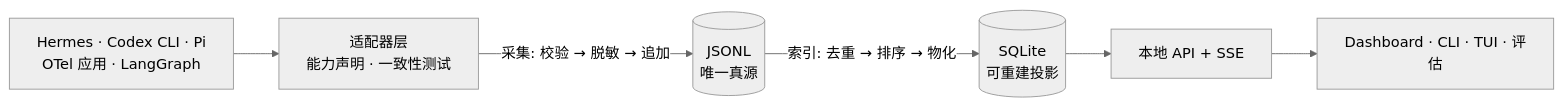
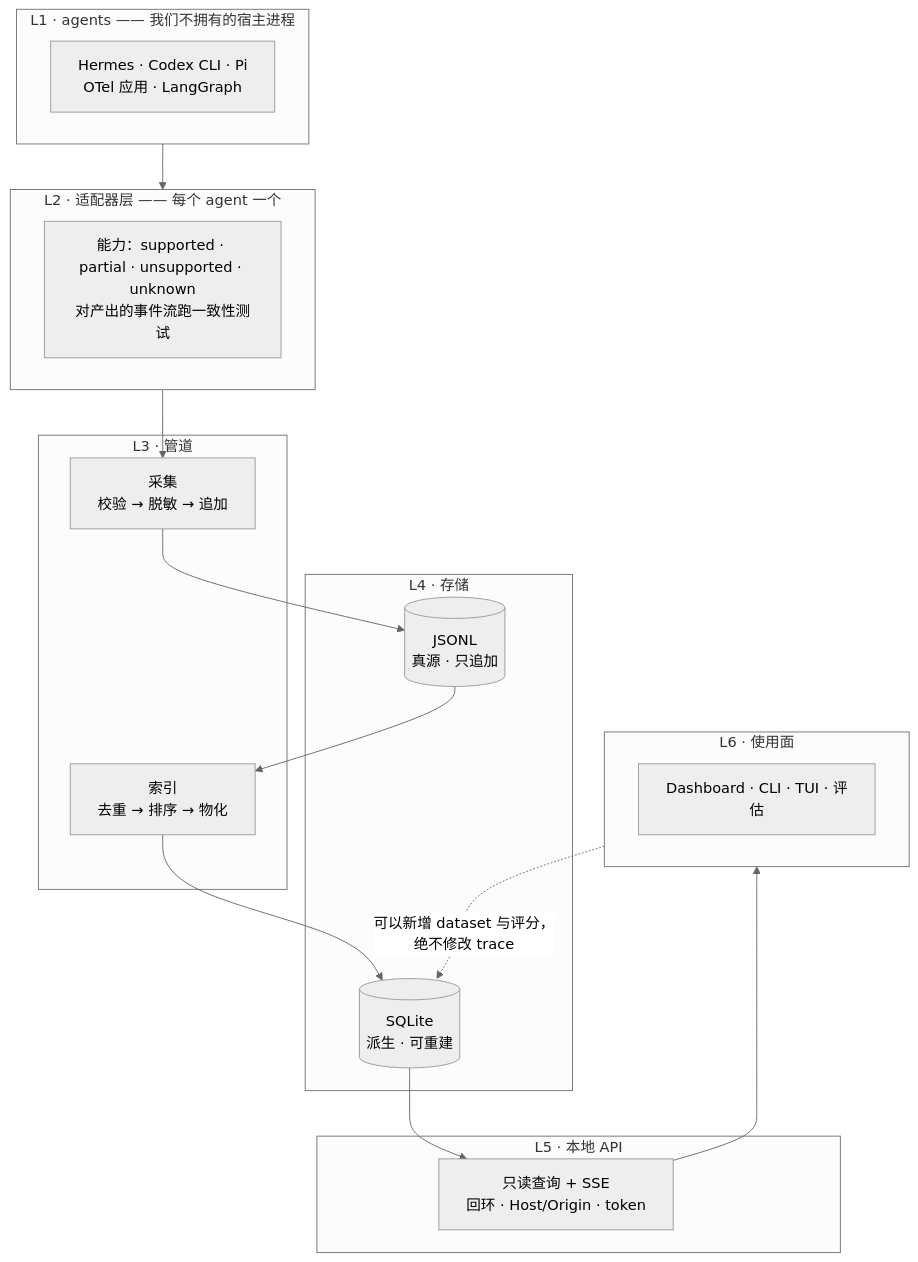
Before and after one commit to rayjun/agent-trace: the diagram in README.zh-CN.md, drawn with Mermaid (neutral theme). The commit also changed other lines of this file and 4 other files, not shown here.

First line of the commit message:
docs: a six-layer architecture diagram, and the principles behind it

````diff
--- a/README.zh-CN.md
+++ b/README.zh-CN.md
@@ -29,14 +29,32 @@
 ```mermaid
-flowchart LR
-    agents["Hermes · Codex CLI · Pi<br/>OTel 应用 · LangGraph"]
-    adapters["适配器层<br/>能力声明 · 一致性测试"]
-    jsonl[("JSONL<br/>唯一真源")]
-    sqlite[("SQLite<br/>可重建投影")]
-    api["本地 API + SSE"]
-    surfaces["Dashboard · CLI · TUI · 评估"]
+flowchart TB
+    subgraph L1["L1 · agents —— 我们不拥有的宿主进程"]
+        A["Hermes · Codex CLI · Pi<br/>OTel 应用 · LangGraph"]
+    end
+    subgraph L2["L2 · 适配器层 —— 每个 agent 一个"]
+        B["能力：supported · partial · unsupported · unknown<br/>对产出的事件流跑一致性测试"]
+    end
+    subgraph L3["L3 · 管道"]
+        C1["采集<br/>校验 → 脱敏 → 追加"]
+        C2["索引<br/>去重 → 排序 → 物化"]
+    end
+    subgraph L4["L4 · 存储"]
+        D1[("JSONL<br/>真源 · 只追加")]
+        D2[("SQLite<br/>派生 · 可重建")]
+    end
+    subgraph L5["L5 · 本地 API"]
+        E["只读查询 + SSE<br/>回环 · Host/Origin · token"]
+    end
+    subgraph L6["L6 · 使用面"]
+        F["Dashboard · CLI · TUI · 评估"]
+    end
 
-    agents --> adapters
-    adapters -->|"采集: 校验 → 脱敏 → 追加"| jsonl
-    jsonl -->|"索引: 去重 → 排序 → 物化"| sqlite
-    sqlite --> api --> surfaces
+    L1 --> L2
+    L2 --> C1
+    C1 --> D1
+    D1 --> C2
+    C2 --> D2
+    D2 --> E
+    E --> L6
+    L6 -. "可以新增 dataset 与评分，<br/>绝不修改 trace" .-> D2
 ```
````
